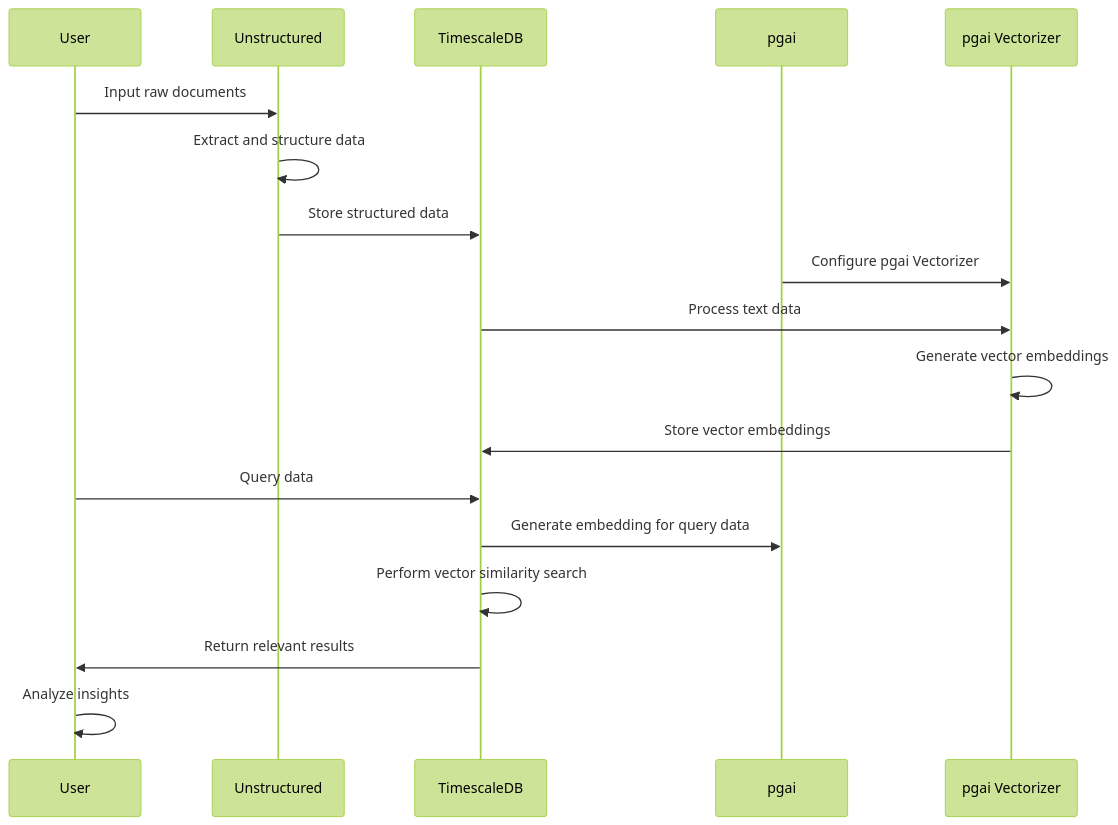
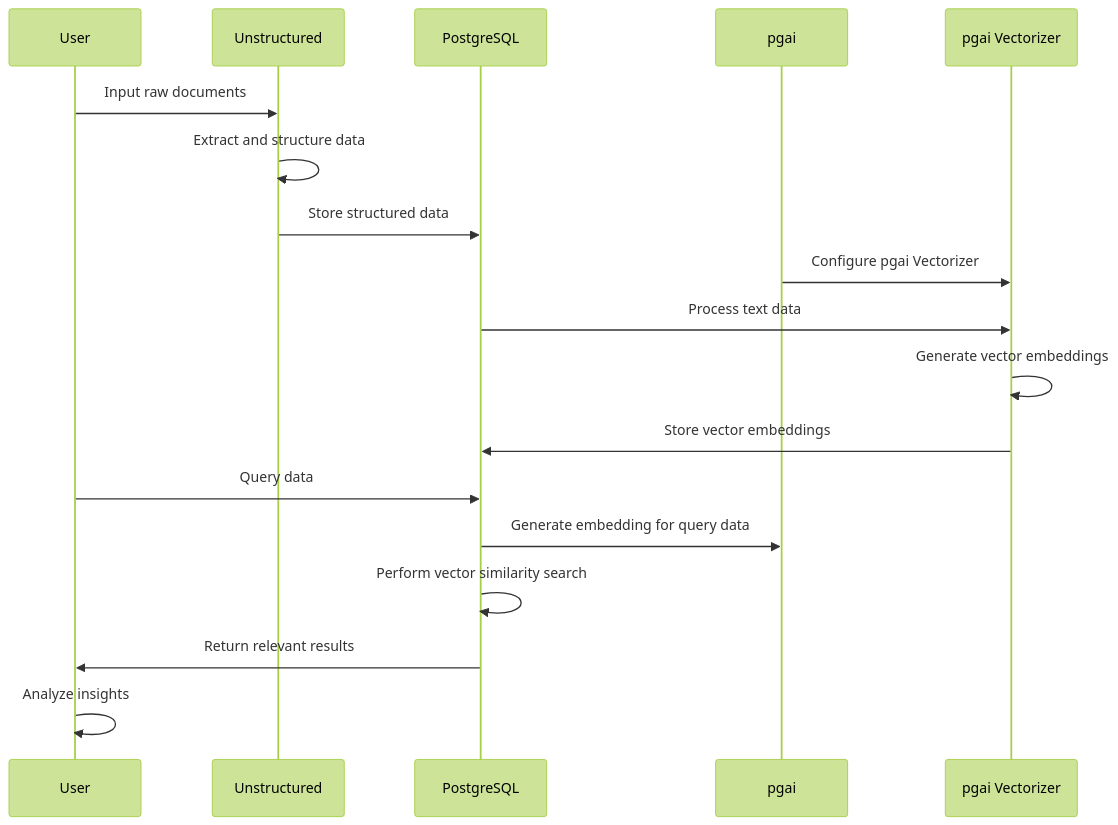
Before and after one commit to timescale/unstructured-pgai-example: the diagram in README.md, drawn with Mermaid (forest theme).

````diff
--- a/README.md
+++ b/README.md
@@ -9,21 +9,21 @@
 ```mermaid
 sequenceDiagram
     participant U as User
     participant S as Unstructured
-    participant T as TimescaleDB
+    participant T as PostgreSQL
     participant P as pgai
     participant O as pgai Vectorizer
 
     U->>S: Input raw documents
     S->>S: Extract and structure data
     S->>T: Store structured data
     P->>O: Configure pgai Vectorizer
     T->>O: Process text data
     O->>O: Generate vector embeddings
     O->>T: Store vector embeddings
     U->>T: Query data
     T->>P: Generate embedding for query data
     T->>T: Perform vector similarity search
     T->>U: Return relevant results
     U->>U: Analyze insights
 ```
````
